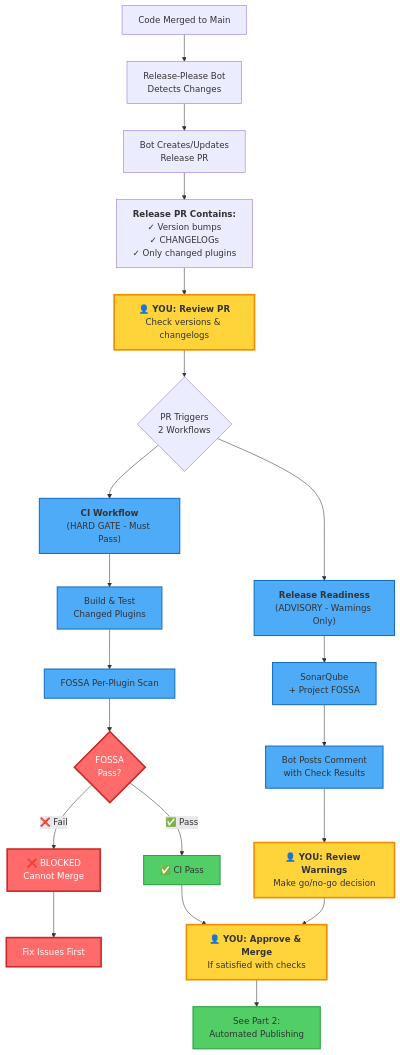
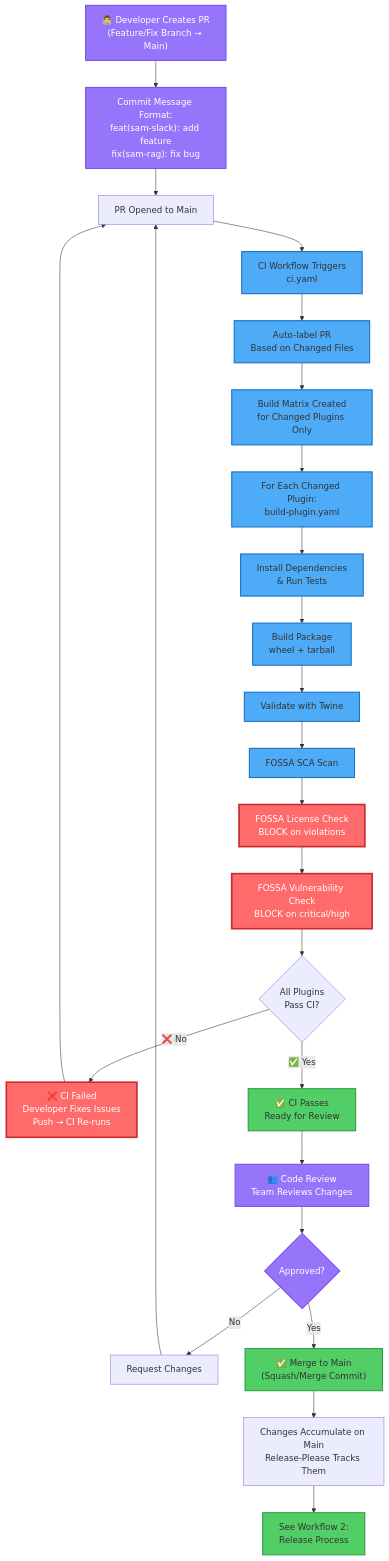
The first of 2 diagrams in RELEASE_PROCESS.md (SolaceLabs/solace-agent-mesh-core-plugins), drawn with Mermaid before and after one commit. The commit also changed other lines of this file, not shown here.

````diff
--- a/RELEASE_PROCESS.md
+++ b/RELEASE_PROCESS.md
@@ -172,44 +174,51 @@
 ```mermaid
 flowchart TD
-    Start[Code Merged to Main] --> Detect[Release-Please Bot<br/>Detects Changes]
+    Start["👨‍💻 Developer Creates PR<br/>(Feature/Fix Branch → Main)"] --> Commit["Commit Message Format:<br/>feat(sam-slack): add feature<br/>fix(sam-rag): fix bug"]
 
-    Detect --> CreatePR[Bot Creates/Updates<br/>Release PR]
+    Commit --> PROpen[PR Opened to Main]
 
-    CreatePR --> PRContent["<b>Release PR Contains:</b><br/>✓ Version bumps<br/>✓ CHANGELOGs<br/>✓ Only changed plugins"]
+    PROpen --> CITrigger[CI Workflow Triggers<br/>ci.yaml]
 
-    PRContent --> YouReview["<b>👤 YOU: Review PR</b><br/>Check versions & changelogs"]
+    CITrigger --> Label[Auto-label PR<br/>Based on Changed Files]
 
-    YouReview --> Triggers{PR Triggers<br/>2 Workflows}
+    Label --> Matrix[Build Matrix Created<br/>for Changed Plugins Only]
 
-    %% CI Path (Hard Gate)
-    Triggers --> CI["<b>CI Workflow</b><br/>(HARD GATE - Must Pass)"]
-    CI --> BuildTests[Build & Test<br/>Changed Plugins]
-    BuildTests --> FossaScan[FOSSA Per-Plugin Scan]
-    FossaScan --> FossaGate{FOSSA<br/>Pass?}
-    FossaGate -->|❌ Fail| CIBlock["❌ BLOCKED<br/>Cannot Merge"]
-    FossaGate -->|✅ Pass| CIPass[✅ CI Pass]
+    Matrix --> BuildLoop["For Each Changed Plugin:<br/>build-plugin.yaml"]
 
-    %% Release Readiness (Soft Gate)
-    Triggers --> RRC["<b>Release Readiness</b><br/>(ADVISORY - Warnings Only)"]
-    RRC --> SecurityChecks[SonarQube<br/>+ Project FOSSA]
-    SecurityChecks --> Comment["Bot Posts Comment<br/>with Check Results"]
-    Comment --> YouDecide["<b>👤 YOU: Review Warnings</b><br/>Make go/no-go decision"]
+    BuildLoop --> Steps1[Install Dependencies<br/>& Run Tests]
+    Steps1 --> Steps2[Build Package<br/>wheel + tarball]
+    Steps2 --> Steps3[Validate with Twine]
+    Steps3 --> Fossa1[FOSSA SCA Scan]
+    Fossa1 --> Fossa2[FOSSA License Check<br/>BLOCK on violations]
+    Fossa2 --> Fossa3[FOSSA Vulnerability Check<br/>BLOCK on critical/high]
 
-    %% Merge Decision
-    CIPass --> Merge["<b>👤 YOU: Approve & Merge</b><br/>If satisfied with checks"]
-    YouDecide --> Merge
-    CIBlock --> NoMerge[Fix Issues First]
+    Fossa3 --> CIResult{All Plugins<br/>Pass CI?}
 
-    Merge --> NextPhase[See Part 2:<br/>Automated Publishing]
+    CIResult -->|❌ No| CIFail["❌ CI Failed<br/>Developer Fixes Issues<br/>Push → CI Re-runs"]
+    CIFail --> PROpen
+
+    CIResult -->|✅ Yes| CIPass[✅ CI Passes<br/>Ready for Review]
+
+    CIPass --> Review["👥 Code Review<br/>Team Reviews Changes"]
+
+    Review --> Approved{Approved?}
+    Approved -->|No| MoreChanges[Request Changes]
+    MoreChanges --> PROpen
+
+    Approved -->|Yes| MergeToMain["✅ Merge to Main<br/>(Squash/Merge Commit)"]
+
+    MergeToMain --> Accumulate["Changes Accumulate on Main<br/>Release-Please Tracks Them"]
+
+    Accumulate --> NextFlow["See Workflow 2:<br/>Release Process"]
 
     %% Styling
+    classDef devClass fill:#9775fa,stroke:#7950f2,stroke-width:2px,color:#fff
     classDef gateClass fill:#ff6b6b,stroke:#c92a2a,stroke-width:3px,color:#fff
     classDef passClass fill:#51cf66,stroke:#2f9e44,stroke-width:2px
-    classDef actionClass fill:#ffd43b,stroke:#f08c00,stroke-width:3px
     classDef autoClass fill:#4dabf7,stroke:#1971c2,stroke-width:2px
 
-    class CIBlock,FossaGate,NoMerge gateClass
-    class CIPass,NextPhase passClass
-    class YouReview,YouDecide,Merge actionClass
-    class CI,RRC,BuildTests,FossaScan,SecurityChecks,Comment autoClass
+    class Start,Commit,Review,Approved devClass
+    class CIFail,Fossa2,Fossa3 gateClass
+    class CIPass,MergeToMain,NextFlow passClass
+    class CITrigger,Label,Matrix,BuildLoop,Steps1,Steps2,Steps3,Fossa1 autoClass
 ```
````
